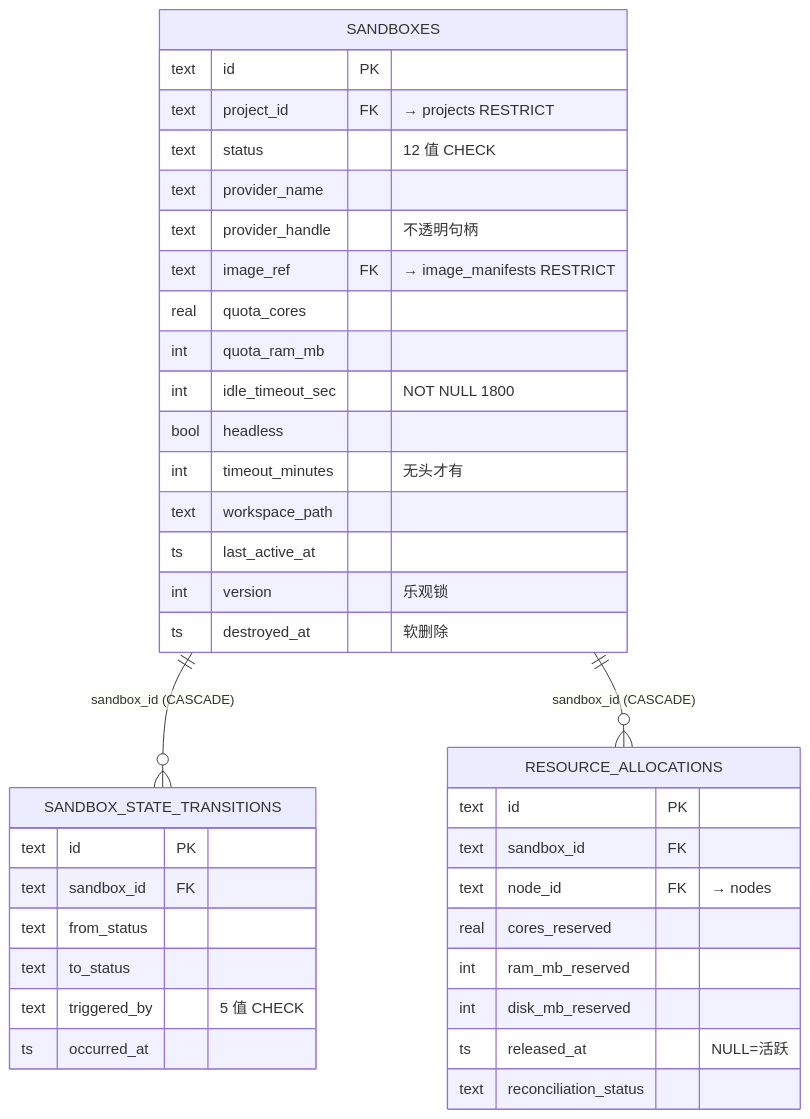
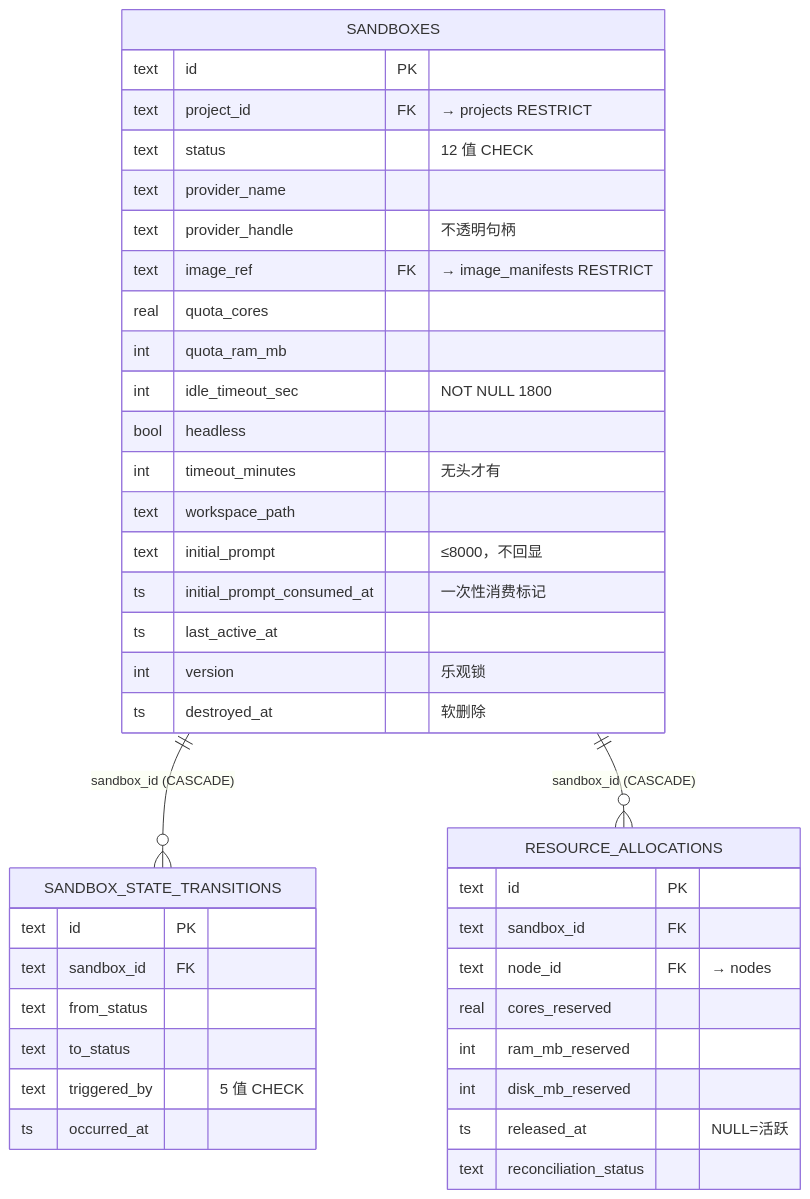
Before and after one commit to Xeonice/cloud-agent-platform-docs: the first of 9 diagrams in docs/backend/13-后端数据库设计.md, drawn with Mermaid. The commit also changed other lines of this file and 20 other files, not shown here.

````diff
--- a/docs/backend/13-后端数据库设计.md
+++ b/docs/backend/13-后端数据库设计.md
@@ -141,40 +146,42 @@
 ```mermaid
 erDiagram
     SANDBOXES ||--o{ SANDBOX_STATE_TRANSITIONS : "sandbox_id (CASCADE)"
     SANDBOXES ||--o{ RESOURCE_ALLOCATIONS : "sandbox_id (CASCADE)"
     SANDBOXES {
         text id PK
         text project_id FK "→ projects RESTRICT"
         text status "12 值 CHECK"
         text provider_name
         text provider_handle "不透明句柄"
         text image_ref FK "→ image_manifests RESTRICT"
         real quota_cores
         int quota_ram_mb
         int idle_timeout_sec "NOT NULL 1800"
         bool headless
         int timeout_minutes "无头才有"
         text workspace_path
+        text initial_prompt "≤8000，不回显"
+        ts initial_prompt_consumed_at "一次性消费标记"
         ts last_active_at
         int version "乐观锁"
         ts destroyed_at "软删除"
     }
     SANDBOX_STATE_TRANSITIONS {
         text id PK
         text sandbox_id FK
         text from_status
         text to_status
         text triggered_by "5 值 CHECK"
         ts occurred_at
     }
     RESOURCE_ALLOCATIONS {
         text id PK
         text sandbox_id FK
         text node_id FK "→ nodes"
         real cores_reserved
         int ram_mb_reserved
         int disk_mb_reserved
         ts released_at "NULL=活跃"
         text reconciliation_status
     }
 ```
````
